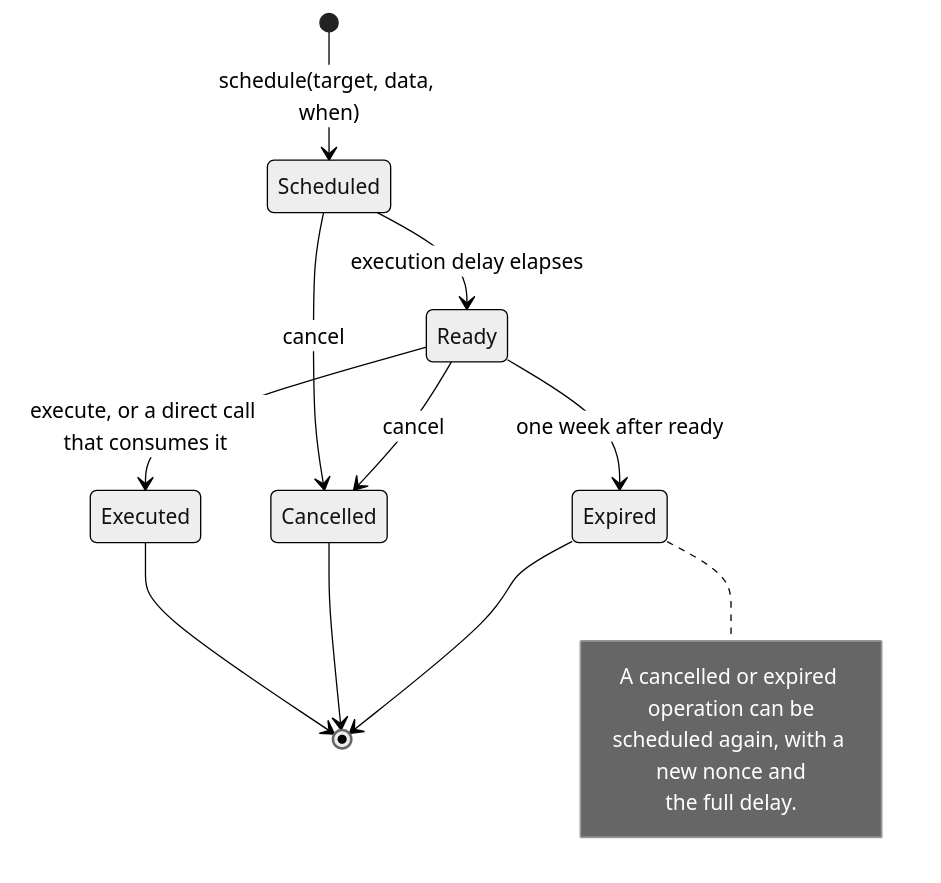
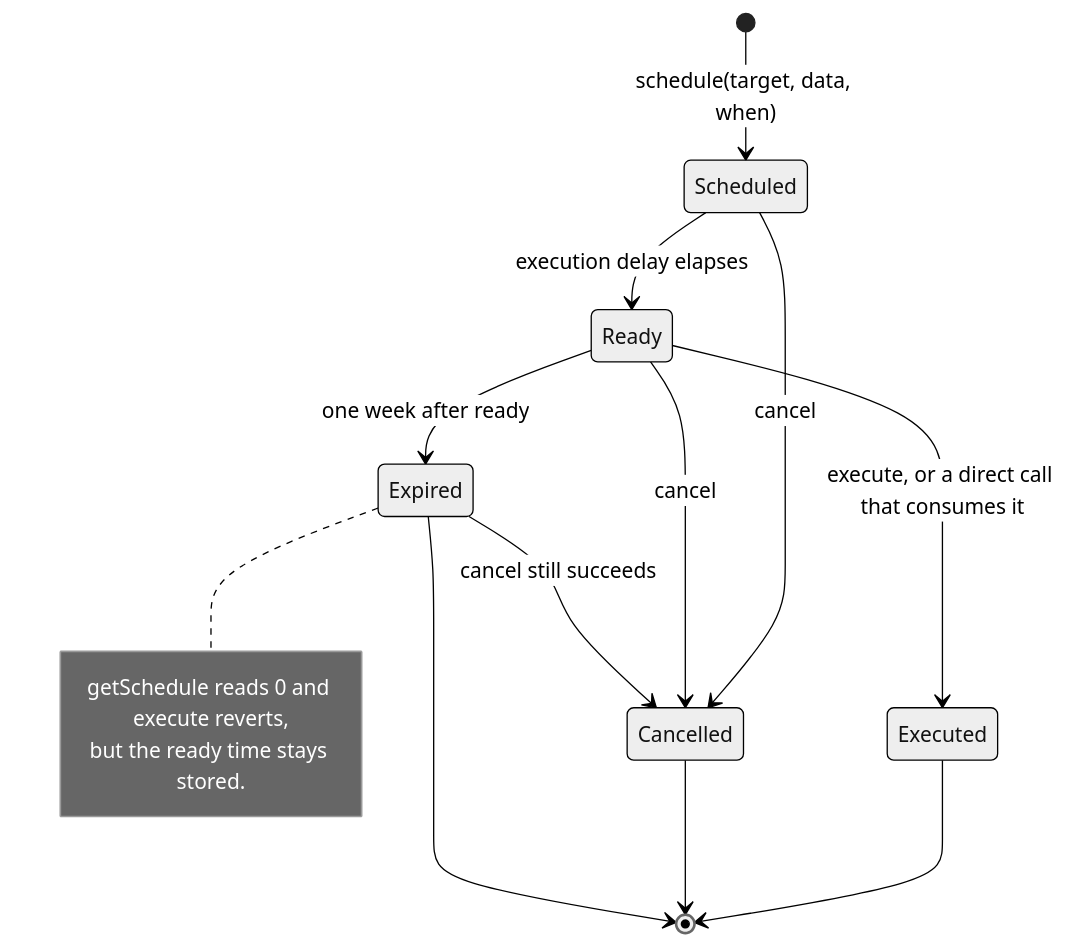
The first of 10 diagrams in docs/spec/governance.md (6529-Collections/6529-works), drawn with Mermaid (neutral theme) before and after one commit. The commit also changed other lines of this file and 36 other files, not shown here.

````diff
--- a/docs/spec/governance.md
+++ b/docs/spec/governance.md
@@ -367,17 +145,17 @@
 ```mermaid
 stateDiagram-v2
     [*] --> Scheduled : schedule(target, data, when)
     Scheduled --> Ready : execution delay elapses
     Scheduled --> Cancelled : cancel
     Ready --> Executed : execute, or a direct call that consumes it
     Ready --> Cancelled : cancel
     Ready --> Expired : one week after ready
+    Expired --> Cancelled : cancel still succeeds
     Executed --> [*]
     Cancelled --> [*]
     Expired --> [*]
     note right of Expired
-        A cancelled or expired operation can be
-        scheduled again, with a new nonce and
-        the full delay.
+        getSchedule reads 0 and execute reverts,
+        but the ready time stays stored.
     end note
 ```
````
